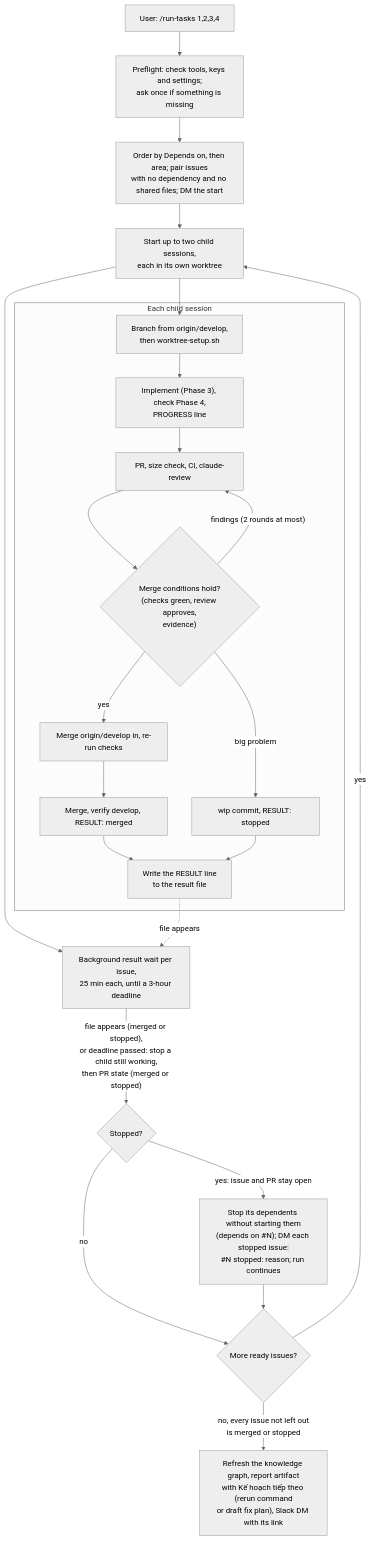
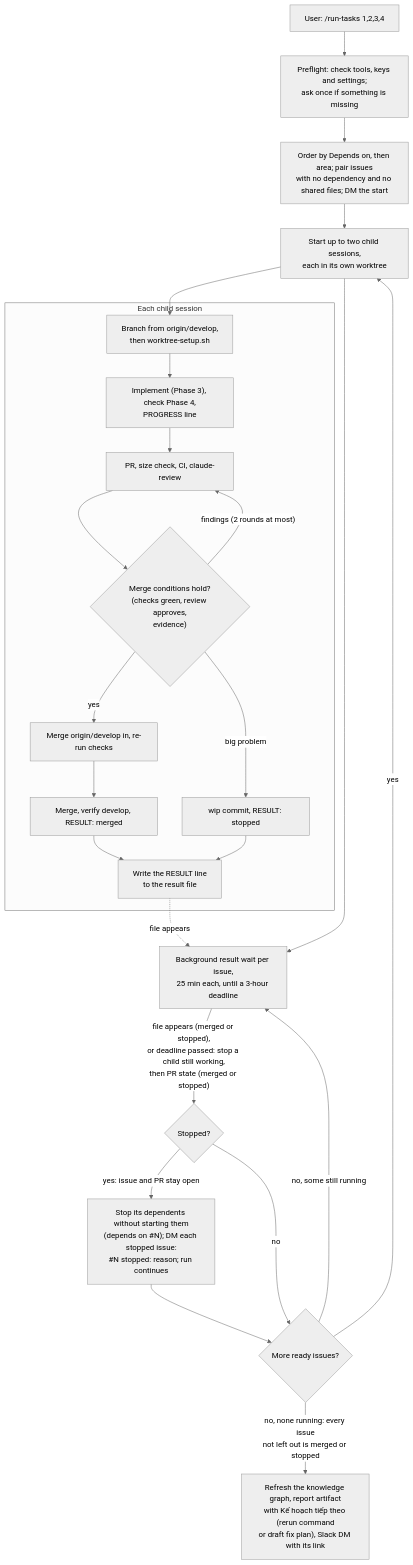
The fifth of 5 diagrams in docs/workflow.md (huynguyennang-agilityio/claude-code-training), drawn with Mermaid (neutral theme) before and after one commit. The commit also changed other lines of this file and 1 other file, not shown here.

Commit message:
chore(infra): propose a fix plan when a rerun stops again
Review of 3ccea4a: plan 035 "Risks" says a rerun that stops again gets a
fix plan, not another rerun command; report item 2 and docs/workflow.md
now say so. The workflow diagram also draws the "no ready issue, some
still running" case back to the result wait.

````diff
--- a/docs/workflow.md
+++ b/docs/workflow.md
@@ -121,26 +121,27 @@
 ```mermaid
 flowchart TD
     A["User: /run-tasks 1,2,3,4"] --> PF["Preflight: check tools, keys and settings;<br/>ask once if something is missing"]
     PF --> O["Order by Depends on, then area; pair issues<br/>with no dependency and no shared files; DM the start"]
     O --> C["Start up to two child sessions,<br/>each in its own worktree"]
     subgraph child ["Each child session"]
       W["Branch from origin/develop,<br/>then worktree-setup.sh"] --> I["Implement (Phase 3), check Phase 4,<br/>PROGRESS line"]
       I --> P["PR, size check, CI, claude-review"]
       P --> F{"Merge conditions hold?<br/>(checks green, review approves,<br/>evidence)"}
       F -- "findings (2 rounds at most)" --> P
       F -- yes --> D["Merge origin/develop in, re-run checks"]
       D --> M["Merge, verify develop, RESULT: merged"]
       F -- "big problem" --> S["wip commit, RESULT: stopped"]
       M --> RF["Write the RESULT line<br/>to the result file"]
       S --> RF
     end
     C --> W
     C --> RW["Background result wait per issue,<br/>25 min each, until a 3-hour deadline"]
     RF -. "file appears" .-> RW
     RW -- "file appears (merged or stopped),<br/>or deadline passed: stop a child still working,<br/>then PR state (merged or stopped)" --> ST{"Stopped?"}
     ST -- "yes: issue and PR stay open" --> SD["Stop its dependents without starting them<br/>(depends on #N); DM each stopped issue:<br/>#N stopped: reason; run continues"]
     ST -- no --> N{"More ready issues?"}
     SD --> N
     N -- yes --> C
-    N -- "no, every issue not left out<br/>is merged or stopped" --> E["Refresh the knowledge graph, report artifact<br/>with Kế hoạch tiếp theo (rerun command<br/>or draft fix plan), Slack DM with its link"]
+    N -- "no, some still running" --> RW
+    N -- "no, none running: every issue<br/>not left out is merged or stopped" --> E["Refresh the knowledge graph, report artifact<br/>with Kế hoạch tiếp theo (rerun command<br/>or draft fix plan), Slack DM with its link"]
 ```
````
